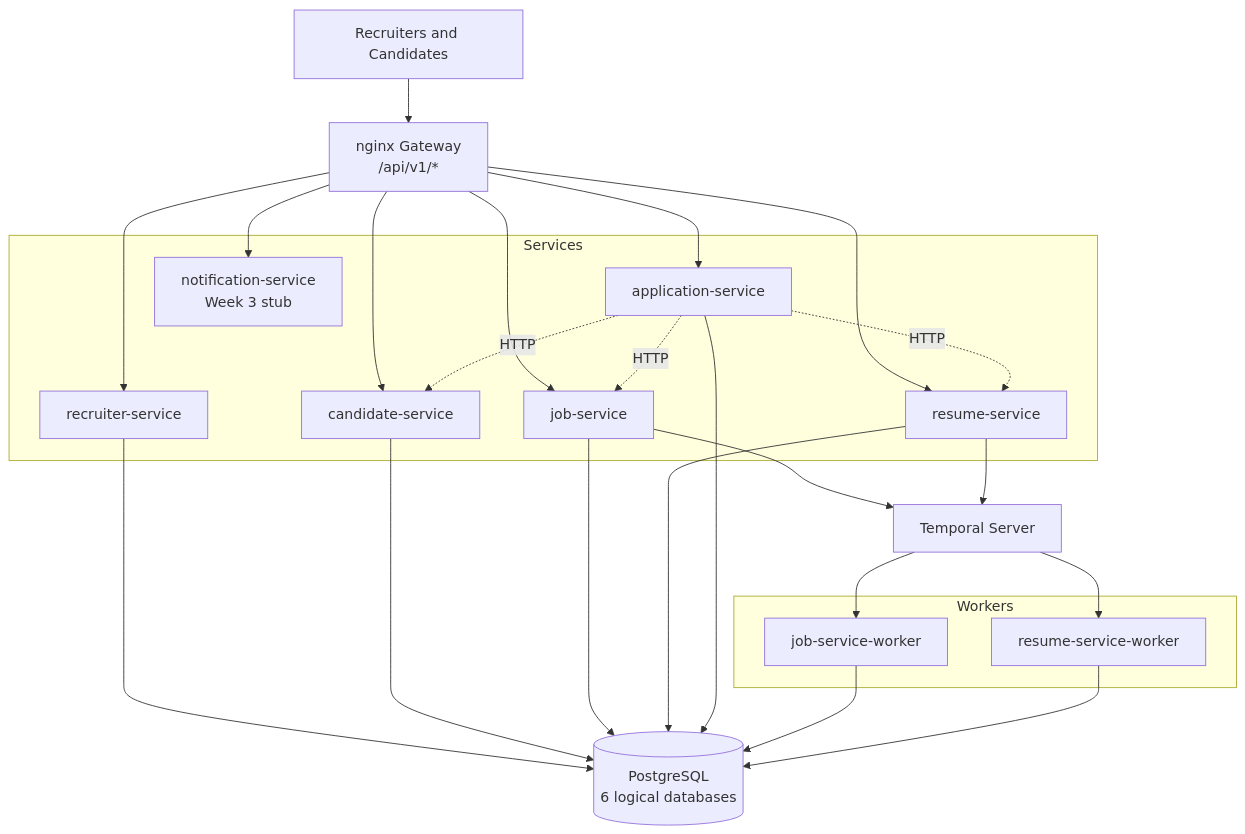
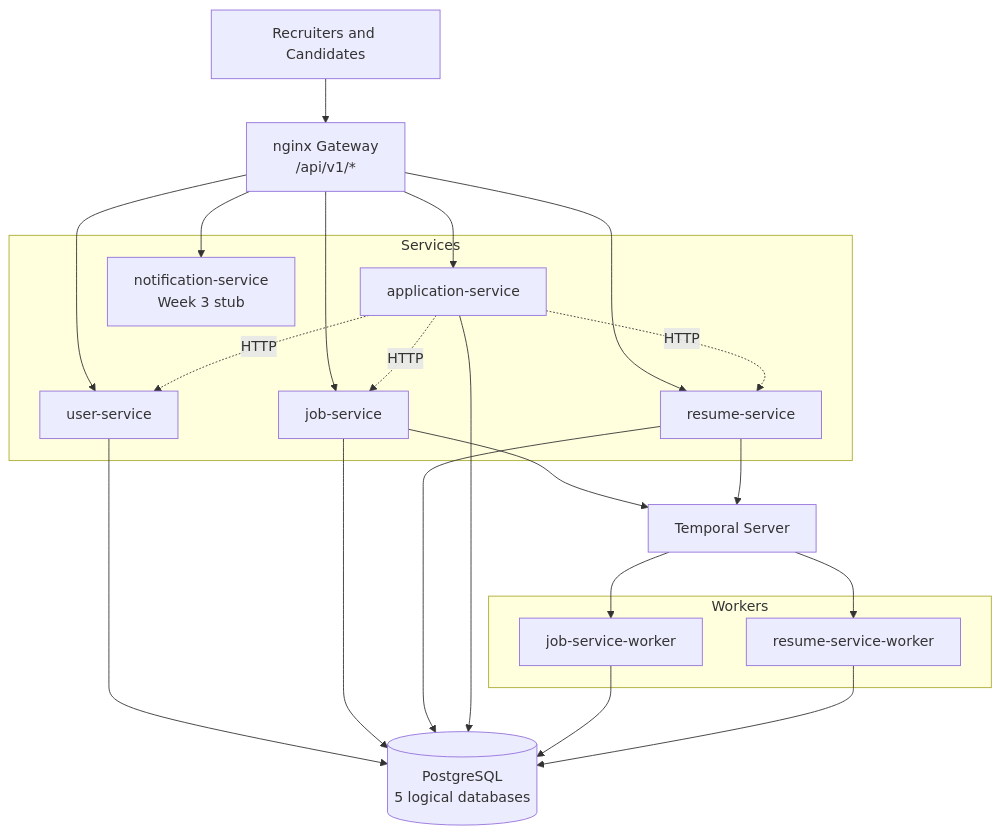
The first of 7 diagrams in docs/ARCHITECTURE.md (afnan-emumba/smart-hire), drawn with Mermaid before and after one commit. The commit also changed other lines of this file and 84 other files, not shown here.

First line of the commit message:
feat: Initialize user service with API, database models, and client integrations

````diff
--- a/docs/ARCHITECTURE.md
+++ b/docs/ARCHITECTURE.md
@@ -9,47 +9,44 @@
 ```mermaid
 flowchart TD
     user[Recruiters and Candidates]
     gateway[nginx Gateway<br/>/api/v1/*]
 
     subgraph Services
-        recruiterSvc[recruiter-service]
-        candidateSvc[candidate-service]
+        userSvc[user-service]
         jobSvc[job-service]
         resumeSvc[resume-service]
         applicationSvc[application-service]
         notificationSvc[notification-service<br/>Week 3 stub]
     end
 
     subgraph Workers
         jobWorker[job-service-worker]
         resumeWorker[resume-service-worker]
     end
 
     temporal[Temporal Server]
-    postgres[(PostgreSQL<br/>6 logical databases)]
+    postgres[(PostgreSQL<br/>5 logical databases)]
 
     user --> gateway
-    gateway --> recruiterSvc
-    gateway --> candidateSvc
+    gateway --> userSvc
     gateway --> jobSvc
     gateway --> resumeSvc
     gateway --> applicationSvc
     gateway --> notificationSvc
 
     applicationSvc -.HTTP.-> jobSvc
-    applicationSvc -.HTTP.-> candidateSvc
+    applicationSvc -.HTTP.-> userSvc
     applicationSvc -.HTTP.-> resumeSvc
 
-    recruiterSvc --> postgres
-    candidateSvc --> postgres
+    userSvc --> postgres
     jobSvc --> postgres
     resumeSvc --> postgres
     applicationSvc --> postgres
 
     jobSvc --> temporal
     resumeSvc --> temporal
     temporal --> jobWorker
     temporal --> resumeWorker
     jobWorker --> postgres
     resumeWorker --> postgres
 ```
````
